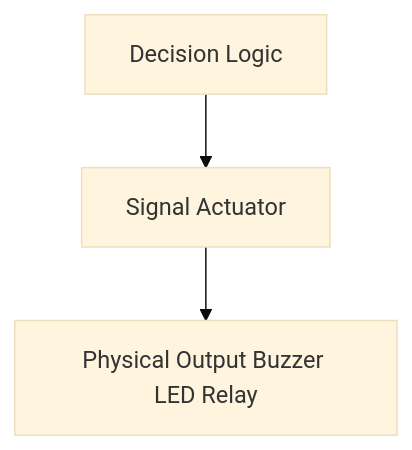
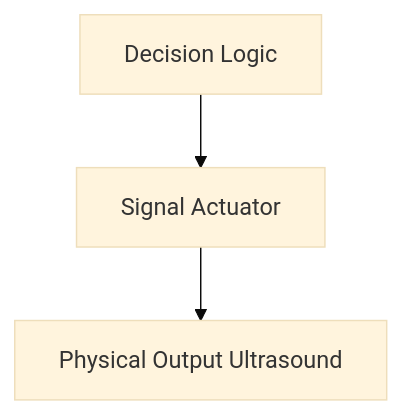
The fourth of 4 diagrams in Project Documentation/architecture.md (hbo-bomb/Project-Nilbye), drawn with Mermaid (base theme) before and after one commit.

````diff
--- a/Project Documentation/architecture.md
+++ b/Project Documentation/architecture.md
@@ -96,9 +96,9 @@
 ```mermaid
 flowchart TB
 
   CTRL[Decision Logic]
   ACT[Signal Actuator]
-  HW[Physical Output Buzzer LED Relay]
+  HW[Physical Output Ultrasound]
 
   CTRL --> ACT --> HW
 ```
````
